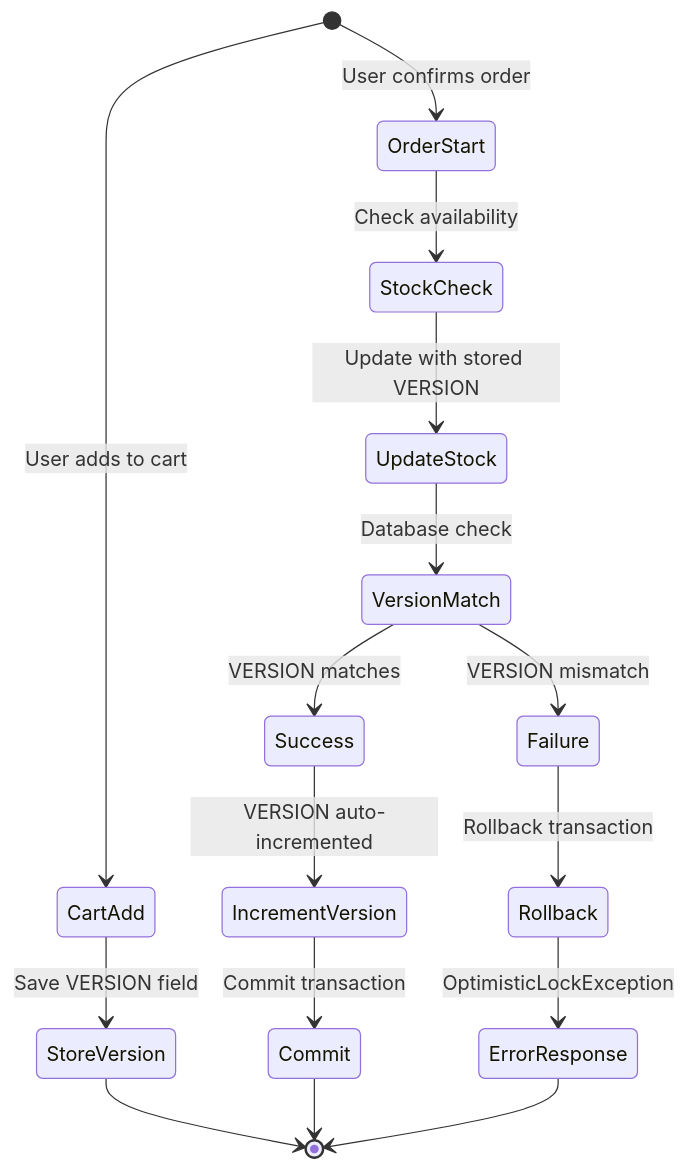
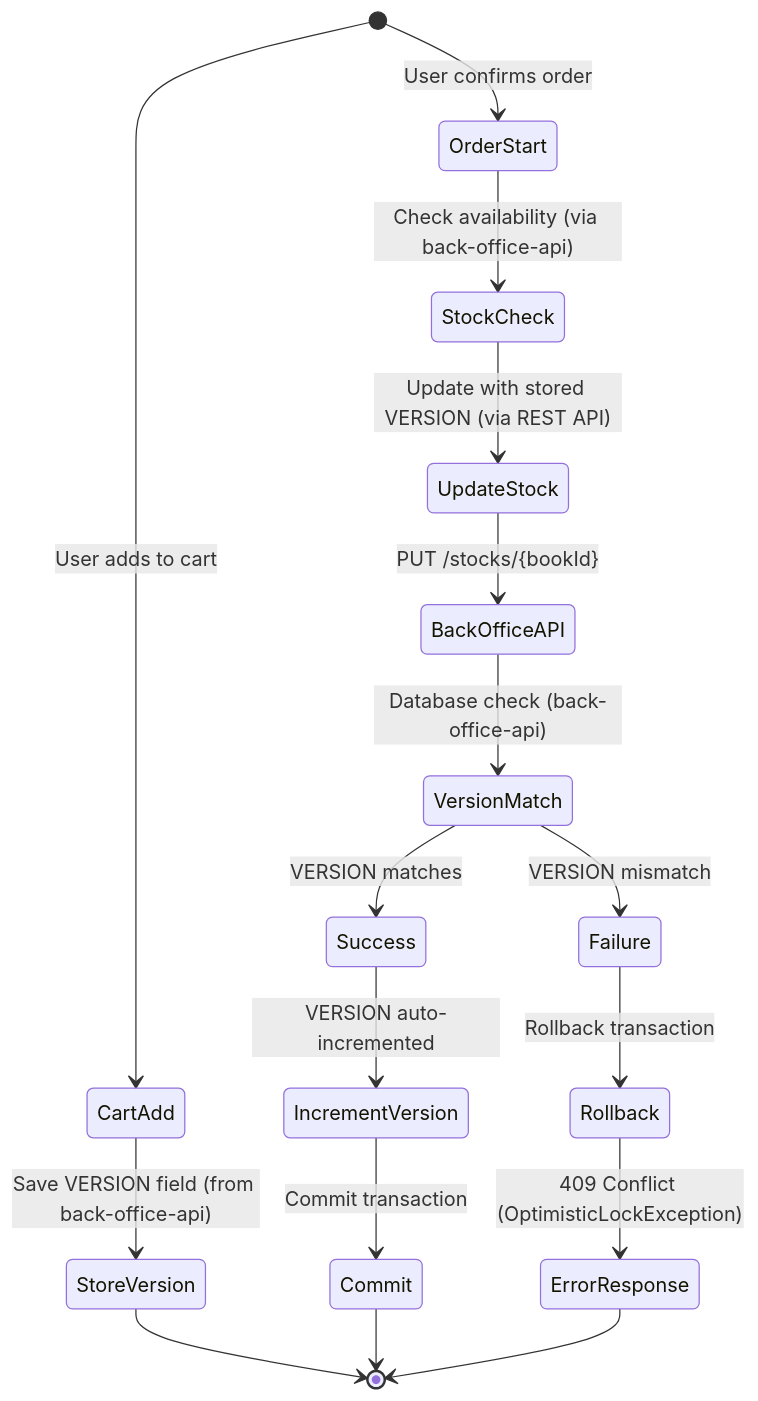
The seventh of 9 diagrams in projects/sdd/bookstore/berry-books-api-sdd/specs/baseline/system/architecture_design.md (KenyaSaitoh/ai_driven_dev_202601), drawn with Mermaid before and after one commit. The commit also changed other lines of this file and 40 other files, not shown here.

````diff
--- a/projects/sdd/bookstore/berry-books-api-sdd/specs/baseline/system/architecture_design.md
+++ b/projects/sdd/bookstore/berry-books-api-sdd/specs/baseline/system/architecture_design.md
@@ -538,22 +645,23 @@
 ```mermaid
 stateDiagram-v2
     [*] --> CartAdd: User adds to cart
-    CartAdd --> StoreVersion: Save VERSION field
+    CartAdd --> StoreVersion: Save VERSION field (from back-office-api)
     StoreVersion --> [*]
     
     [*] --> OrderStart: User confirms order
-    OrderStart --> StockCheck: Check availability
-    StockCheck --> UpdateStock: Update with stored VERSION
+    OrderStart --> StockCheck: Check availability (via back-office-api)
+    StockCheck --> UpdateStock: Update with stored VERSION (via REST API)
     
-    UpdateStock --> VersionMatch: Database check
+    UpdateStock --> BackOfficeAPI: PUT /stocks/{bookId}
+    BackOfficeAPI --> VersionMatch: Database check (back-office-api)
     VersionMatch --> Success: VERSION matches
     VersionMatch --> Failure: VERSION mismatch
     
     Success --> IncrementVersion: VERSION auto-incremented
     IncrementVersion --> Commit: Commit transaction
     Failure --> Rollback: Rollback transaction
     
     Commit --> [*]
-    Rollback --> ErrorResponse: OptimisticLockException
+    Rollback --> ErrorResponse: 409 Conflict (OptimisticLockException)
     ErrorResponse --> [*]
 ```
````
